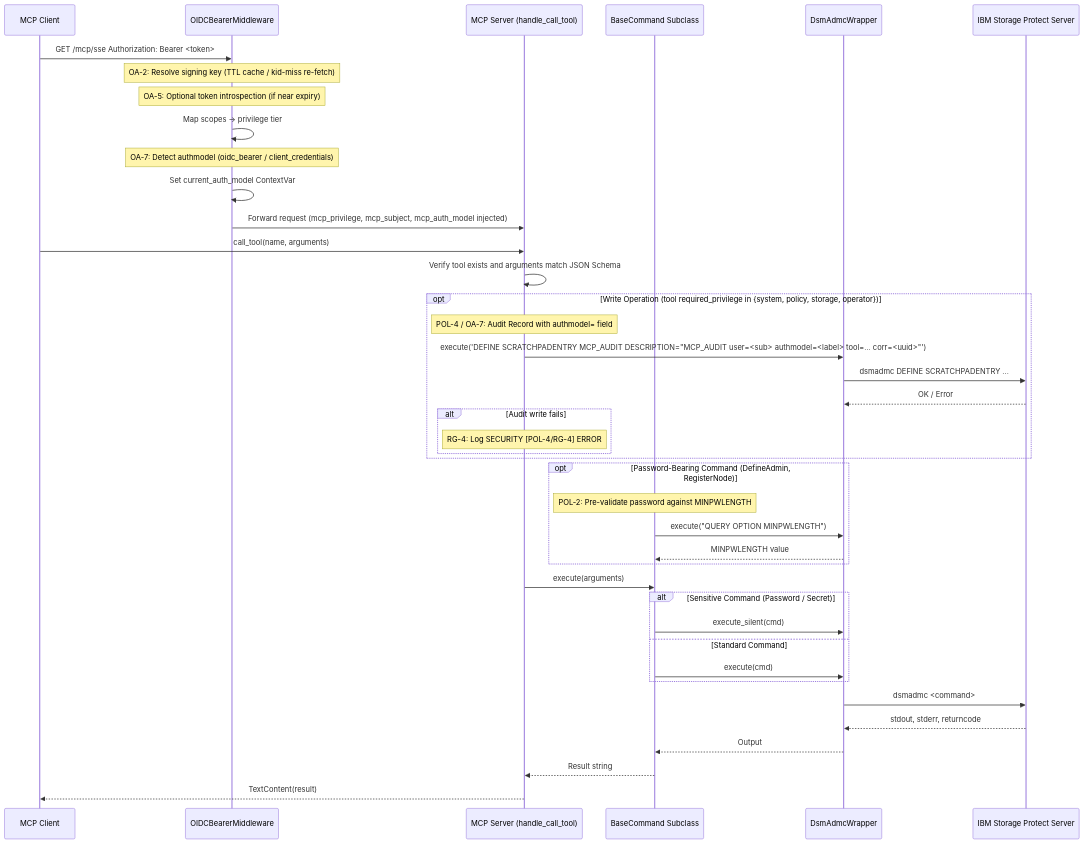
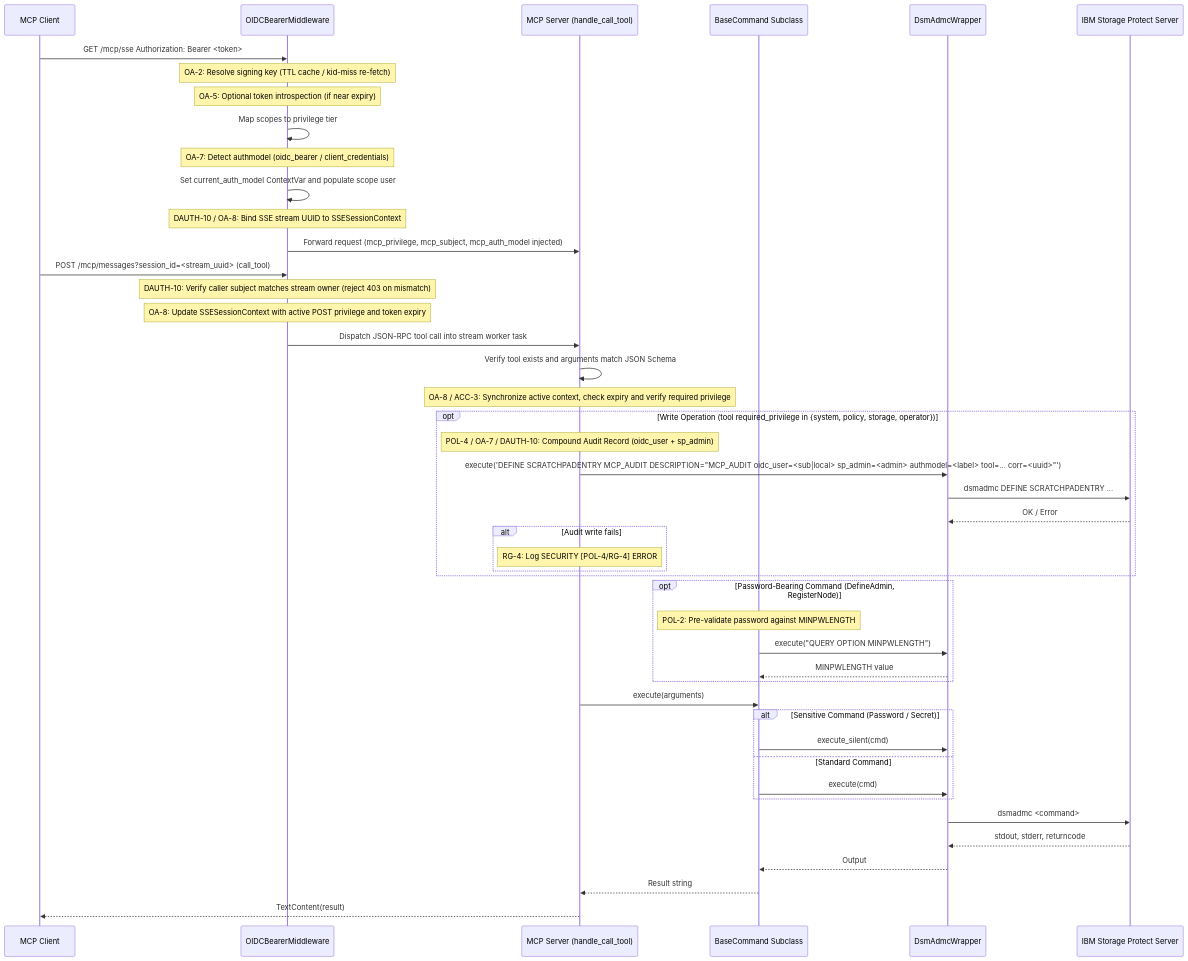
One commit to IBM/storage-protect-mcp-server changed the third of 6 diagrams in docs/architecture/architecture.md. Above: the diagram before and after it, drawn with Mermaid. The commit also changed other lines of this file and 21 other files, not shown here.

````diff
--- a/docs/architecture/architecture.md
+++ b/docs/architecture/architecture.md
@@ -197,48 +198,53 @@
 ```mermaid
 sequenceDiagram
     participant Client as MCP Client
     participant MW as OIDCBearerMiddleware
     participant Server as MCP Server (handle_call_tool)
     participant BaseCmd as BaseCommand Subclass
     participant Wrapper as DsmAdmcWrapper
     participant SP as IBM Storage Protect Server
 
     Client->>MW: GET /mcp/sse  Authorization: Bearer <token>
     note over MW: OA-2: Resolve signing key (TTL cache / kid-miss re-fetch)
     note over MW: OA-5: Optional token introspection (if near expiry)
-    MW->>MW: Map scopes → privilege tier
+    MW->>MW: Map scopes to privilege tier
     note over MW: OA-7: Detect authmodel (oidc_bearer / client_credentials)
-    MW->>MW: Set current_auth_model ContextVar
+    MW->>MW: Set current_auth_model ContextVar and populate scope user
+    note over MW: DAUTH-10 / OA-8: Bind SSE stream UUID to SSESessionContext
     MW->>Server: Forward request (mcp_privilege, mcp_subject, mcp_auth_model injected)
 
-    Client->>Server: call_tool(name, arguments)
+    Client->>MW: POST /mcp/messages?session_id=<stream_uuid> (call_tool)
+    note over MW: DAUTH-10: Verify caller subject matches stream owner (reject 403 on mismatch)
+    note over MW: OA-8: Update SSESessionContext with active POST privilege and token expiry
+    MW->>Server: Dispatch JSON-RPC tool call into stream worker task
     Server->>Server: Verify tool exists and arguments match JSON Schema
+    note over Server: OA-8 / ACC-3: Synchronize active context, check expiry and verify required privilege
 
     opt Write Operation (tool required_privilege in {system, policy, storage, operator})
-        note over Server: POL-4 / OA-7: Audit Record with authmodel= field
-        Server->>Wrapper: execute('DEFINE SCRATCHPADENTRY MCP_AUDIT DESCRIPTION="MCP_AUDIT user=<sub> authmodel=<label> tool=... corr=<uuid>"')
+        note over Server: POL-4 / OA-7 / DAUTH-10: Compound Audit Record (oidc_user + sp_admin)
+        Server->>Wrapper: execute('DEFINE SCRATCHPADENTRY MCP_AUDIT DESCRIPTION="MCP_AUDIT oidc_user=<sub|local> sp_admin=<admin> authmodel=<label> tool=... corr=<uuid>"')
         Wrapper->>SP: dsmadmc DEFINE SCRATCHPADENTRY ...
         SP-->>Wrapper: OK / Error
         alt Audit write fails
             note over Server: RG-4: Log SECURITY [POL-4/RG-4] ERROR
         end
     end
 
     opt Password-Bearing Command (DefineAdmin, RegisterNode)
         note over BaseCmd: POL-2: Pre-validate password against MINPWLENGTH
         BaseCmd->>Wrapper: execute("QUERY OPTION MINPWLENGTH")
         Wrapper-->>BaseCmd: MINPWLENGTH value
     end
 
     Server->>BaseCmd: execute(arguments)
     alt Sensitive Command (Password / Secret)
         BaseCmd->>Wrapper: execute_silent(cmd)
     else Standard Command
         BaseCmd->>Wrapper: execute(cmd)
     end
     Wrapper->>SP: dsmadmc <command>
     SP-->>Wrapper: stdout, stderr, returncode
     Wrapper-->>BaseCmd: Output
     BaseCmd-->>Server: Result string
     Server-->>Client: TextContent(result)
 ```
````
